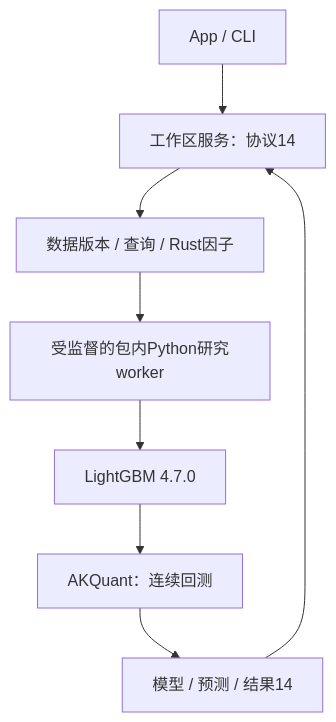
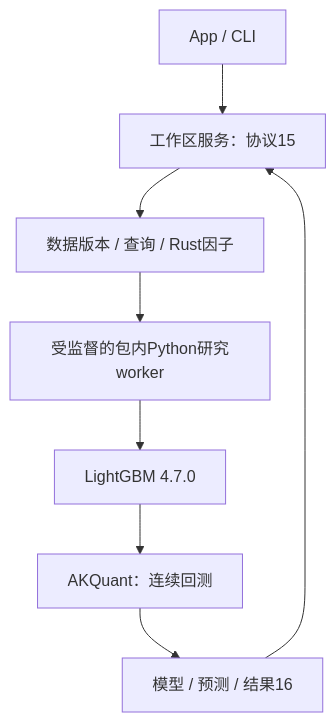
Before and after one commit to Dennishaha/JFQuant: the diagram in README.md, drawn with Mermaid. The commit also changed other lines of this file and 47 other files, not shown here.

````diff
--- a/README.md
+++ b/README.md
@@ -7,10 +7,10 @@
 ```mermaid
 flowchart TD
- UI[App / CLI] --> S[工作区服务：协议14]
+ UI[App / CLI] --> S[工作区服务：协议15]
  S --> D[数据版本 / 查询 / Rust因子]
  D --> W[受监督的包内Python研究worker]
  W --> L[LightGBM 4.7.0]
  L --> A[AKQuant：连续回测]
- A --> R[模型 / 预测 / 结果14]
+ A --> R[模型 / 预测 / 结果16]
  R --> S
 ```
````
